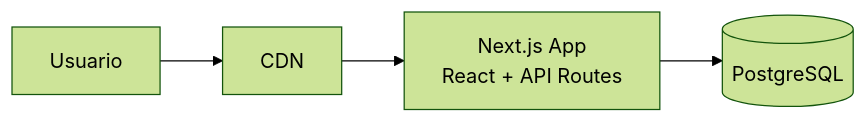
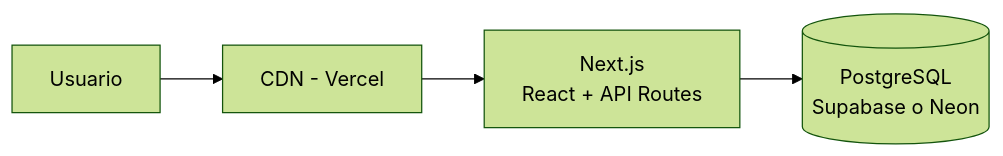
Before and after one commit to Umbingelelo/ejercicios-portafolio_titulo-001V: the second of 14 diagrams in Ejercicio_6_Patrones_Arquitectura_y_Despliegue.md, drawn with Mermaid (forest theme). The commit also changed other lines of this file, not shown here.

````diff
--- a/Ejercicio_6_Patrones_Arquitectura_y_Despliegue.md
+++ b/Ejercicio_6_Patrones_Arquitectura_y_Despliegue.md
@@ -1669,6 +1049,6 @@
 ```mermaid
 flowchart LR
-    U[Usuario] --> CDN[CDN]
-    CDN --> NEXT[Next.js App<br/>React + API Routes]
-    NEXT --> DB[(PostgreSQL)]
+    U[Usuario] --> CDN[CDN - Vercel]
+    CDN --> NEXT[Next.js<br/>React + API Routes]
+    NEXT --> DB[(PostgreSQL<br/>Supabase o Neon)]
 ```
````
